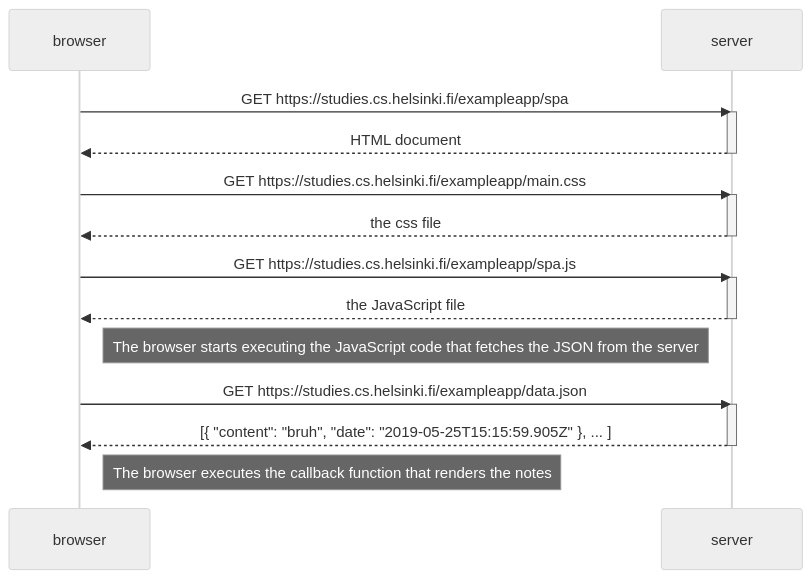
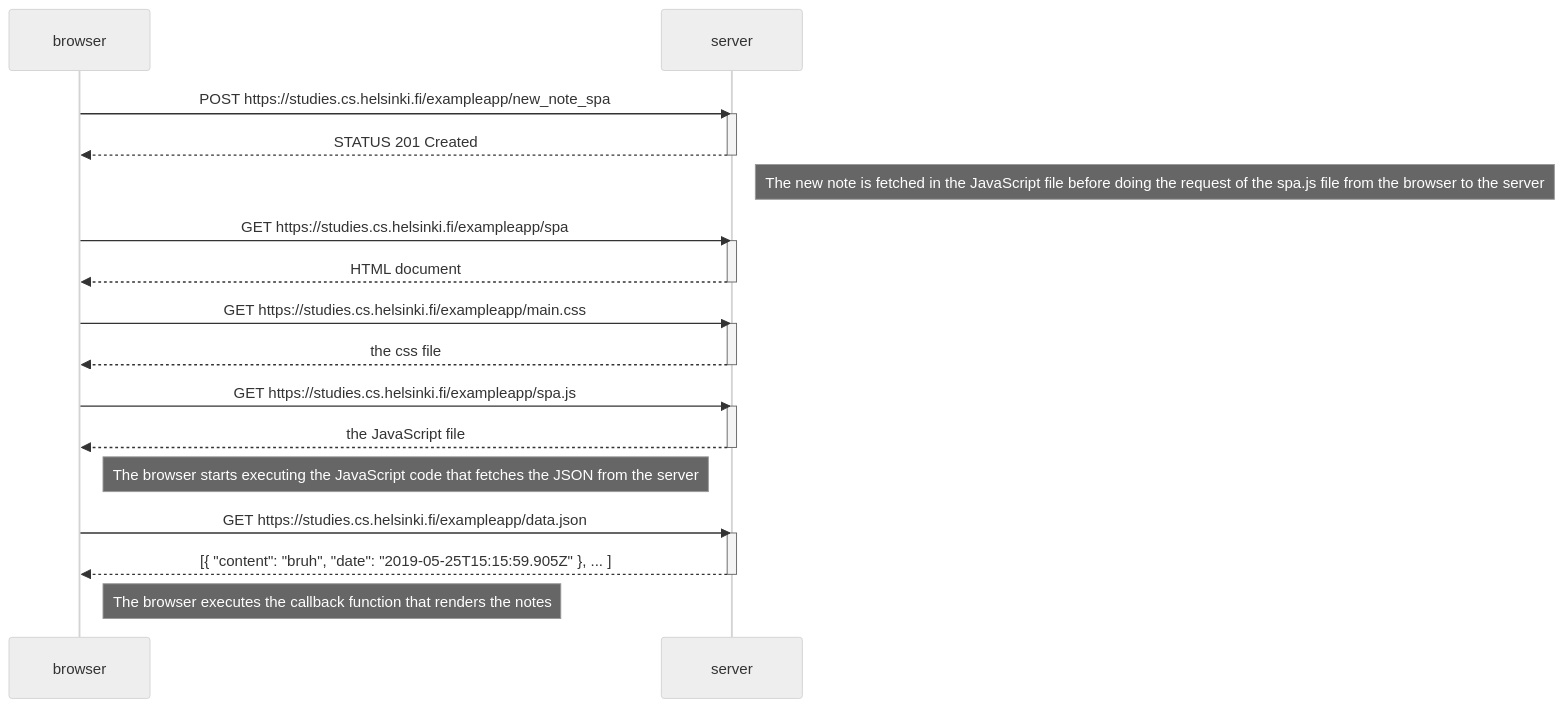
Before and after one commit to brianlagranda/fullstack-helsinki: the diagram in part0/exercise-0.6.md, drawn with Mermaid (neutral theme).

````diff
--- a/part0/exercise-0.6.md
+++ b/part0/exercise-0.6.md
@@ -1,29 +1,36 @@
 ```mermaid
       sequenceDiagram
           participant browser
           participant server
+	  
+	  browser->>server: POST https://studies.cs.helsinki.fi/exampleapp/new_note_spa
+          activate server
+          server-->>browser: STATUS 201 Created
+          deactivate server
+	  
+	  Note right of server: The new note is fetched in the JavaScript file before doing the request of the spa.js file from the browser to the server
 		  
           browser->>server: GET https://studies.cs.helsinki.fi/exampleapp/spa
           activate server
           server-->>browser: HTML document
           deactivate server
 
           browser->>server: GET https://studies.cs.helsinki.fi/exampleapp/main.css
           activate server
           server-->>browser: the css file
           deactivate server
 
           browser->>server: GET https://studies.cs.helsinki.fi/exampleapp/spa.js
           activate server
           server-->>browser: the JavaScript file
           deactivate server
 
           Note right of browser: The browser starts executing the JavaScript code that fetches the JSON from the server
 
           browser->>server: GET https://studies.cs.helsinki.fi/exampleapp/data.json
           activate server
           server-->>browser: [{ "content": "bruh", "date": "2019-05-25T15:15:59.905Z" }, ... ]
           deactivate server
 
           Note right of browser: The browser executes the callback function that renders the notes
 ```
````
